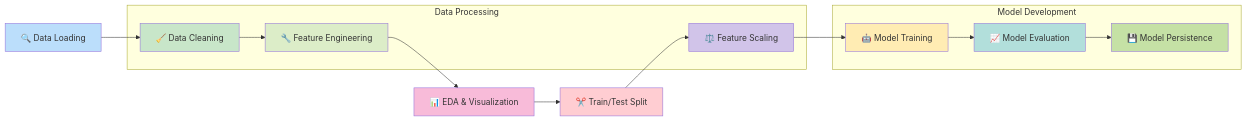
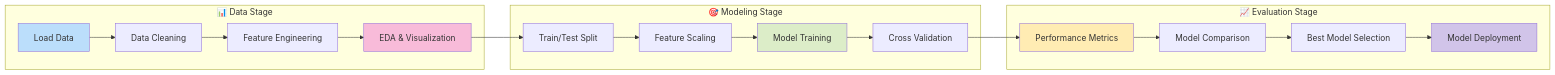
One commit to musagithub1/credit_scoring_project changed the second of 3 diagrams in README.md. Above: the diagram before and after it, drawn with Mermaid. The commit also changed other lines of this file, not shown here.

````diff
--- a/README.md
+++ b/README.md
@@ -111,33 +170,29 @@
 ```mermaid
 flowchart LR
-    A[🔍 Data Loading] --> B[🧹 Data Cleaning]
-    B --> C[🔧 Feature Engineering]
-    C --> D[📊 EDA & Visualization]
-    D --> E[✂️ Train/Test Split]
-    E --> F[⚖️ Feature Scaling]
-    F --> G[🤖 Model Training]
-    G --> H[📈 Model Evaluation]
-    H --> I[💾 Model Persistence]
-    
-    subgraph "Data Processing"
-        B
-        C
-        F
+    subgraph "📊 Data Stage"
+        A[Load Data] --> B[Data Cleaning]
+        B --> C[Feature Engineering]
+        C --> D[EDA & Visualization]
     end
     
-    subgraph "Model Development"
-        G
-        H
-        I
+    subgraph "🎯 Modeling Stage"
+        E[Train/Test Split] --> F[Feature Scaling]
+        F --> G[Model Training]
+        G --> H[Cross Validation]
     end
     
+    subgraph "📈 Evaluation Stage"
+        I[Performance Metrics] --> J[Model Comparison]
+        J --> K[Best Model Selection]
+        K --> L[Model Deployment]
+    end
+    
+    D --> E
+    H --> I
+    
     style A fill:#bbdefb
-    style B fill:#c8e6c9
-    style C fill:#dcedc8
     style D fill:#f8bbd9
-    style E fill:#ffcdd2
-    style F fill:#d1c4e9
-    style G fill:#ffecb3
-    style H fill:#b2dfdb
-    style I fill:#c5e1a5
+    style G fill:#dcedc8
+    style I fill:#ffecb3
+    style L fill:#d1c4e9
 ```
````
